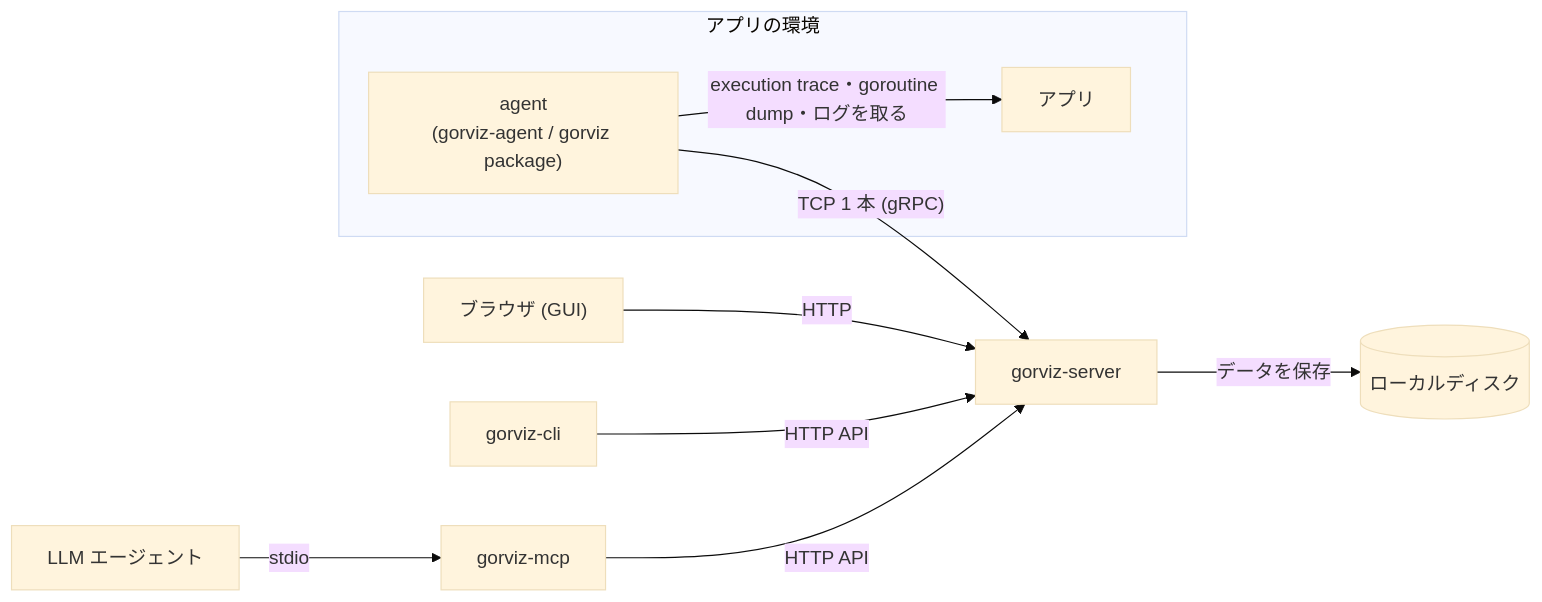
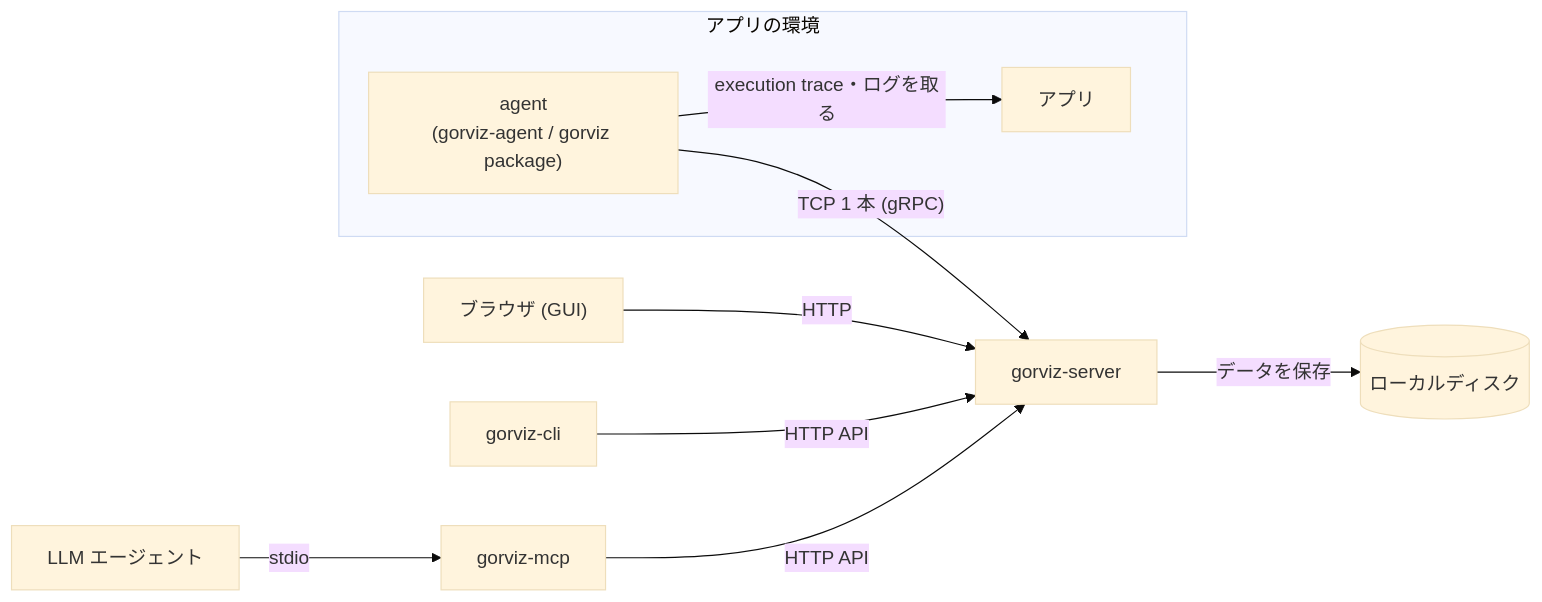
One commit to kakkky/gorviz changed the first of 4 diagrams in docs/design.md. Above: the diagram before and after it, drawn with Mermaid (base theme). The commit also changed other lines of this file, not shown here.

Commit message:
docs: build the goroutine snapshot from the execution trace instead of stopping the world for goroutine dumps, identify goroutines by process, keep data per service with instances under it, and number the sections

````diff
--- a/docs/design.md
+++ b/docs/design.md
@@ -71,21 +71,21 @@
 ```mermaid
 flowchart LR
     subgraph appenv["アプリの環境"]
         app["アプリ"]
         agent["agent<br/>(gorviz-agent / gorviz package)"]
     end
     server["gorviz-server"]
     disk[("ローカルディスク")]
     browser["ブラウザ (GUI)"]
     cli["gorviz-cli"]
     mcp["gorviz-mcp"]
     llm["LLM エージェント"]
 
-    agent -->|"execution trace・goroutine dump・ログを取る"| app
+    agent -->|"execution trace・ログを取る"| app
     agent -->|"TCP 1 本 (gRPC)"| server
     server -->|"データを保存"| disk
     browser -->|"HTTP"| server
     cli -->|"HTTP API"| server
     mcp -->|"HTTP API"| server
     llm -->|"stdio"| mcp
 ```
````
